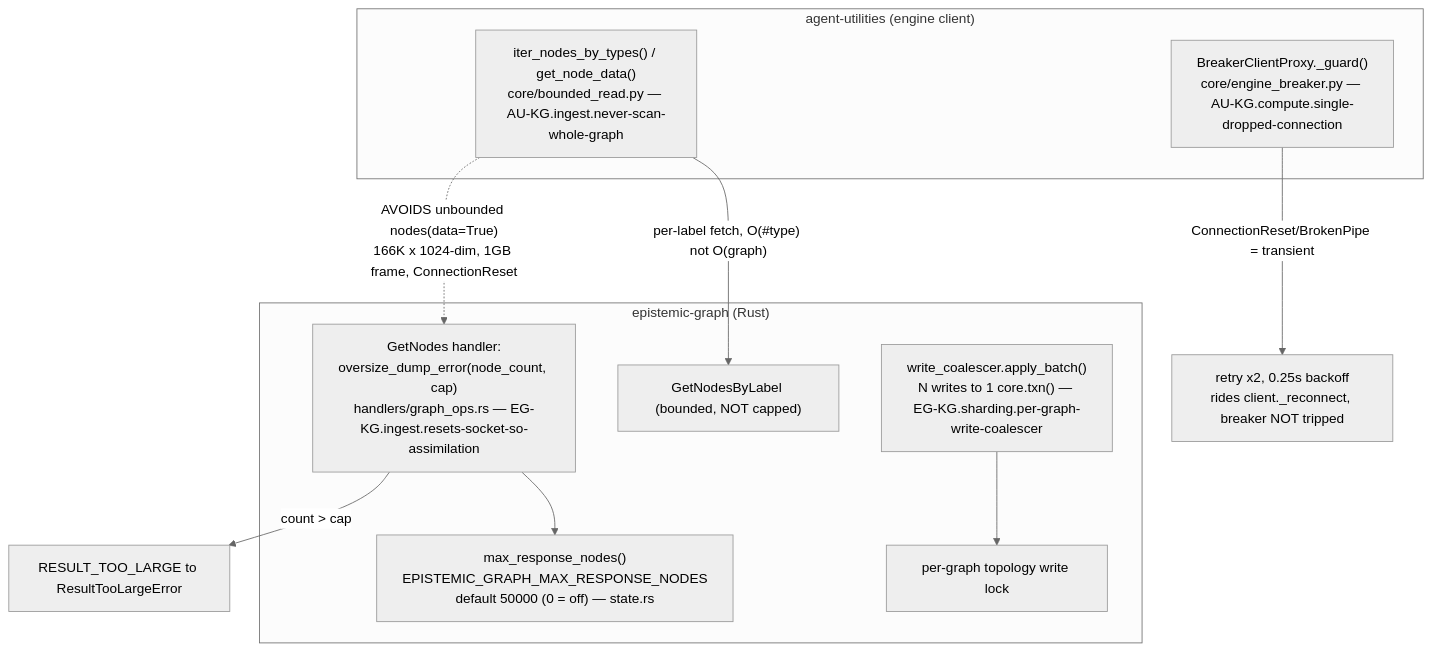
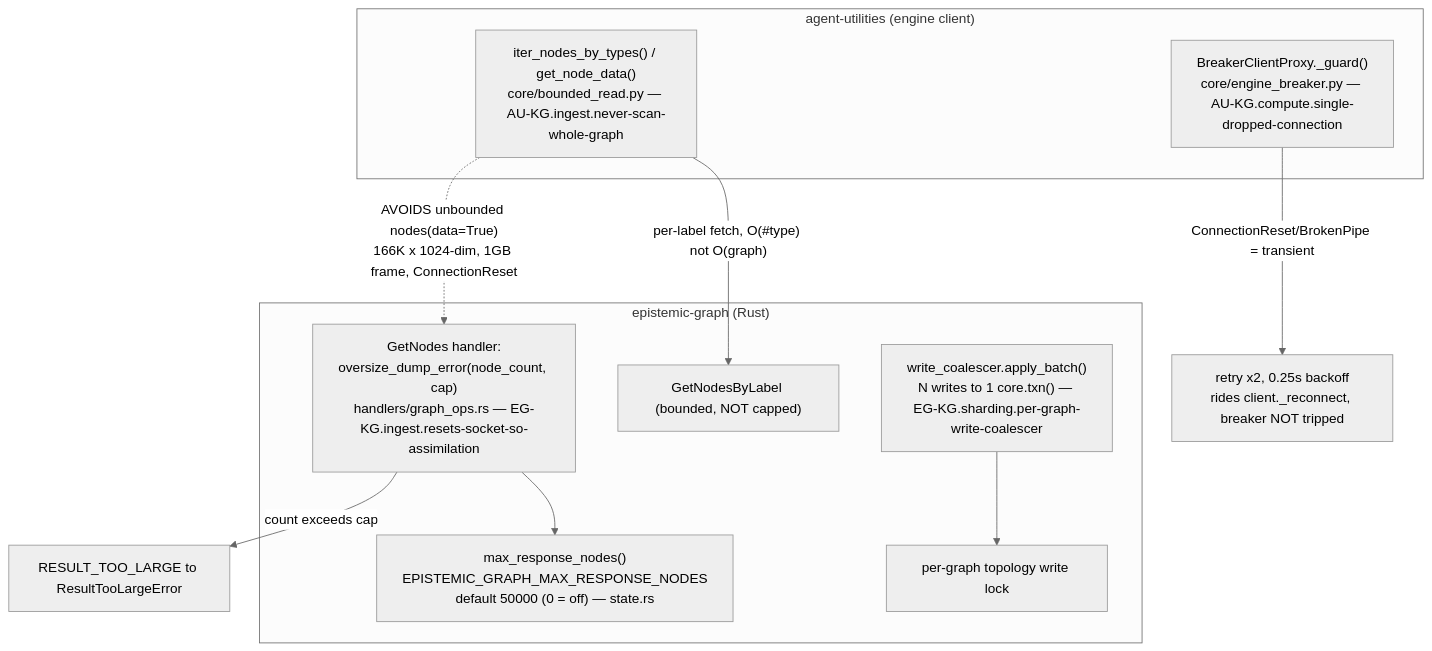
One commit to Knuckles-Team/agent-utilities changed the third of 4 diagrams in docs/architecture/graph_backends_architecture.md. Above: the diagram before and after it, drawn with Mermaid (neutral theme). The commit also changed 3 other files, not shown here.

First line of the commit message:
fix(docs): correct Mermaid syntax errors (check-mermaid gate)

````diff
--- a/docs/architecture/graph_backends_architecture.md
+++ b/docs/architecture/graph_backends_architecture.md
@@ -485,21 +485,21 @@
 ```mermaid
 flowchart TB
     subgraph CLIENT["agent-utilities (engine client)"]
         BR["iter_nodes_by_types() / get_node_data()<br/>core/bounded_read.py — AU-KG.ingest.never-scan-whole-graph"]
         BRK["BreakerClientProxy._guard()<br/>core/engine_breaker.py — AU-KG.compute.single-dropped-connection"]
     end
     subgraph ENGINE["epistemic-graph (Rust)"]
         GUARD["GetNodes handler:<br/>oversize_dump_error(node_count, cap)<br/>handlers/graph_ops.rs — EG-KG.ingest.resets-socket-so-assimilation"]
         CAP["max_response_nodes()<br/>EPISTEMIC_GRAPH_MAX_RESPONSE_NODES<br/>default 50000 (0 = off) — state.rs"]
         LABEL["GetNodesByLabel (bounded, NOT capped)"]
         LOCK["per-graph topology write lock"]
         COAL["write_coalescer.apply_batch()<br/>N writes to 1 core.txn() — EG-KG.sharding.per-graph-write-coalescer"]
     end
 
     BR -->|"per-label fetch, O(#type) not O(graph)"| LABEL
     BR -. "AVOIDS unbounded nodes(data=True)<br/>166K x 1024-dim, 1GB frame, ConnectionReset" .-> GUARD
     GUARD --> CAP
-    GUARD -->|"count > cap"| TOOBIG["RESULT_TOO_LARGE to ResultTooLargeError"]
+    GUARD -->|"count exceeds cap"| TOOBIG["RESULT_TOO_LARGE to ResultTooLargeError"]
     BRK -->|"ConnectionReset/BrokenPipe = transient"| RETRY["retry x2, 0.25s backoff<br/>rides client._reconnect, breaker NOT tripped"]
     COAL --> LOCK
 ```
````
